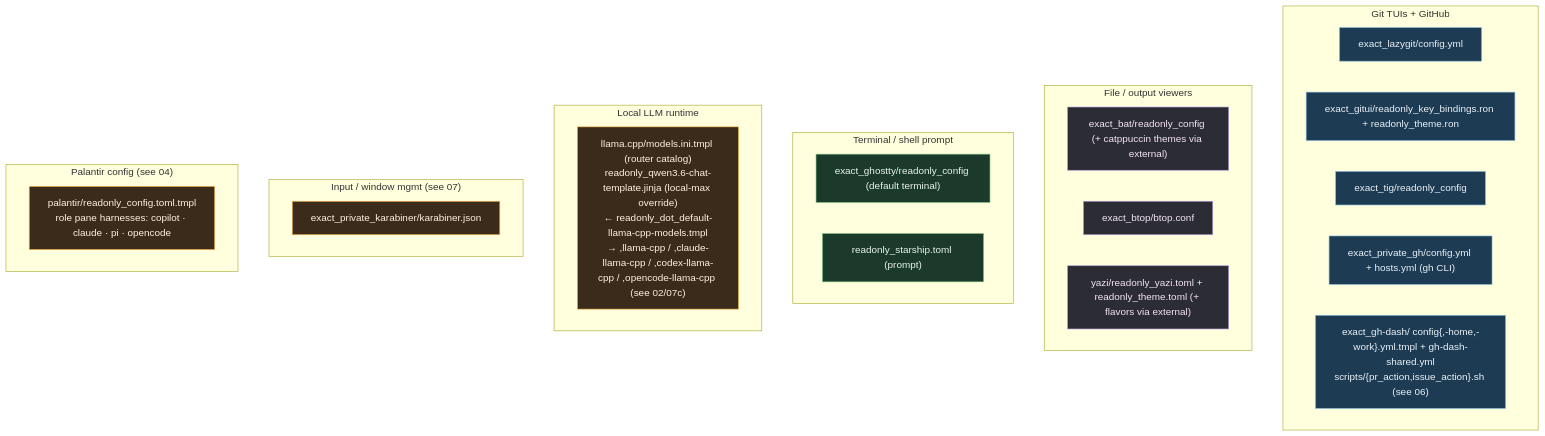
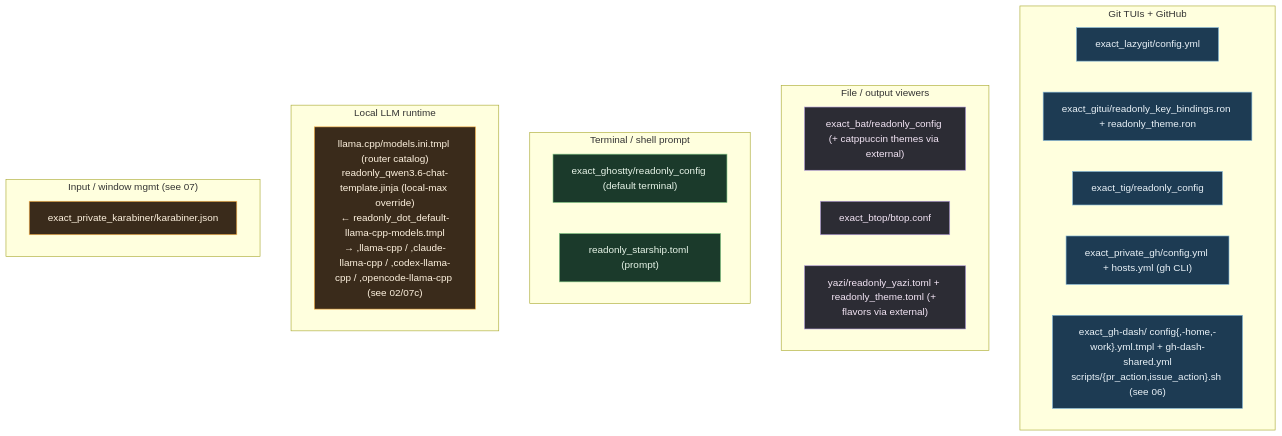
The diagram in .mermaids/13-app-configs.mmd (kapral18/dotfiles), drawn with Mermaid before and after one commit. The commit also changed 153 other files, not shown here.

```diff
--- a/.mermaids/13-app-configs.mmd
+++ b/.mermaids/13-app-configs.mmd
@@ -1,41 +1,37 @@
 %% ============================================================================
 %% 13-app-configs.mmd — Remaining standalone app configs in home/dot_config/
 %% (and a couple elsewhere) not covered by tmux(05)/nvim(07b)/ai(12)/fish(07).
 %% Each → ~/.config/<app>/. readonly_ = r--r--r--; .tmpl = isWork-aware.
 %% ============================================================================
 flowchart TB
     classDef git fill:#1d3b53,stroke:#7fb3d5,color:#eaf2f8;
     classDef view fill:#2c2c34,stroke:#b39ddb,color:#f3e5f5;
     classDef term fill:#1b3a2b,stroke:#81c784,color:#e8f5e9;
     classDef misc fill:#3a2b1b,stroke:#ffb74d,color:#fff3e0;
 
     subgraph GIT["Git TUIs + GitHub"]
         LAZY["exact_lazygit/config.yml"]:::git
         GITUI["exact_gitui/readonly_key_bindings.ron + readonly_theme.ron"]:::git
         TIG["exact_tig/readonly_config"]:::git
         GHCLI["exact_private_gh/config.yml + hosts.yml (gh CLI)"]:::git
         GHDASH["exact_gh-dash/ config{,-home,-work}.yml.tmpl + gh-dash-shared.yml<br/>scripts/{pr_action,issue_action}.sh (see 06)"]:::git
     end
 
     subgraph VIEWERS["File / output viewers"]
         BAT["exact_bat/readonly_config (+ catppuccin themes via external)"]:::view
         BTOP["exact_btop/btop.conf"]:::view
         YAZI["yazi/readonly_yazi.toml + readonly_theme.toml (+ flavors via external)"]:::view
     end
 
     subgraph TERMSH["Terminal / shell prompt"]
         GHOSTTY["exact_ghostty/readonly_config (default terminal)"]:::term
         STAR["readonly_starship.toml (prompt)"]:::term
     end
 
     subgraph LOCALAI["Local LLM runtime"]
         LLAMA["llama.cpp/models.ini.tmpl (router catalog)<br/>readonly_qwen3.6-chat-template.jinja (local-max override)<br/>← readonly_dot_default-llama-cpp-models.tmpl<br/>→ ,llama-cpp / ,claude-llama-cpp / ,codex-llama-cpp / ,opencode-llama-cpp (see 02/07c)"]:::misc
     end
 
     subgraph INPUT["Input / window mgmt (see 07)"]
         KARA["exact_private_karabiner/karabiner.json"]:::misc
     end
-
-    subgraph PALCFG["Palantir config (see 04)"]
-        PC["palantir/readonly_config.toml.tmpl<br/>role pane harnesses: copilot · claude · pi · opencode"]:::misc
-    end
```
